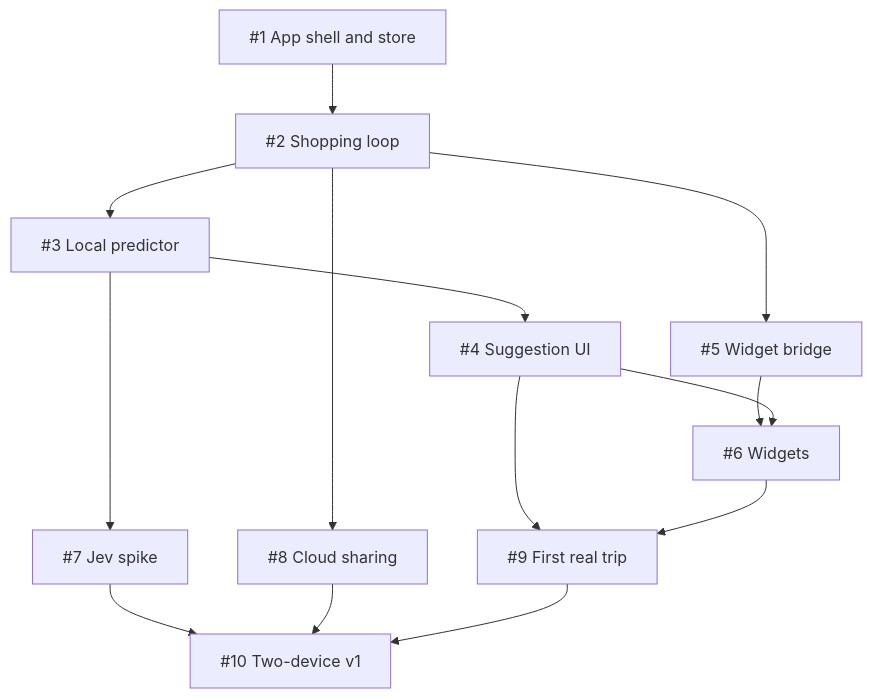
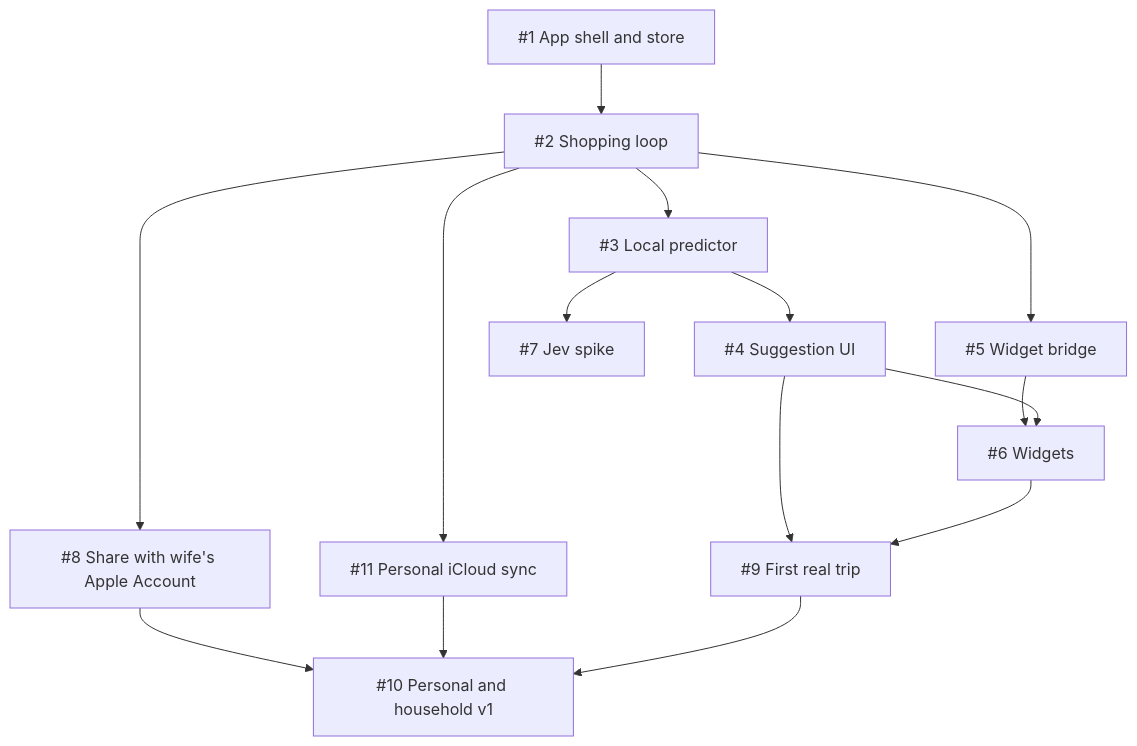
The diagram in docs/ROADMAP.md (Chaimalov/probably-groceries), drawn with Mermaid before and after one commit. The commit also changed other lines of this file, not shown here.

Commit message:
docs: update v1 DAG for both iCloud paths

````diff
--- a/docs/ROADMAP.md
+++ b/docs/ROADMAP.md
@@ -5,16 +5,17 @@
 ```mermaid
 flowchart TD
   A["#1 App shell and store"] --> B["#2 Shopping loop"]
   B --> C["#3 Local predictor"]
   C --> D["#4 Suggestion UI"]
   B --> E["#5 Widget bridge"]
   E --> F["#6 Widgets"]
   D --> F
   C --> G["#7 Jev spike"]
-  B --> H["#8 Cloud sharing"]
   D --> I["#9 First real trip"]
   F --> I
-  G --> J["#10 Two-device v1"]
-  H --> J
+  B --> H["#8 Share with wife's Apple Account"]
+  B --> K["#11 Personal iCloud sync"]
+  H --> J["#10 Personal and household v1"]
+  K --> J
   I --> J
 ```
````
